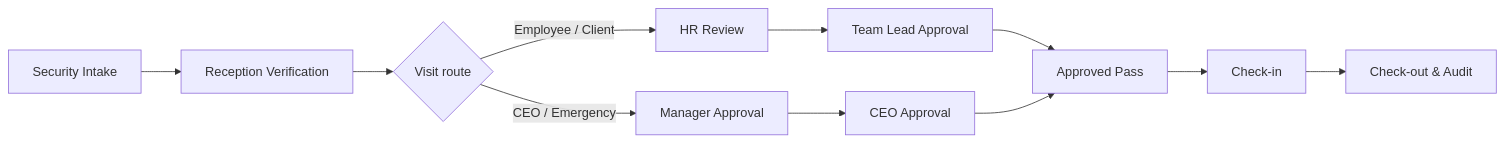
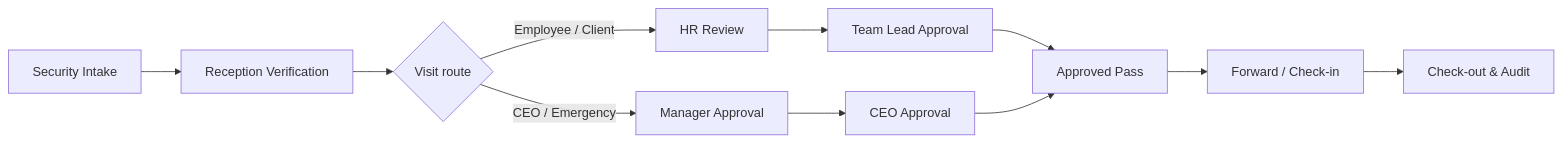
Before and after one commit to JetyChodipilli/JetyChodipilli: the diagram in README.md, drawn with Mermaid. The commit also changed other lines of this file, not shown here.

````diff
--- a/README.md
+++ b/README.md
@@ -128,13 +82,13 @@
 ```mermaid
 flowchart LR
     A["Security Intake"] --> B["Reception Verification"]
     B --> C{"Visit route"}
     C -->|Employee / Client| D["HR Review"]
     D --> E["Team Lead Approval"]
     C -->|CEO / Emergency| F["Manager Approval"]
     F --> G["CEO Approval"]
     E --> H["Approved Pass"]
     G --> H
-    H --> I["Check-in"]
+    H --> I["Forward / Check-in"]
     I --> J["Check-out & Audit"]
 ```
````
